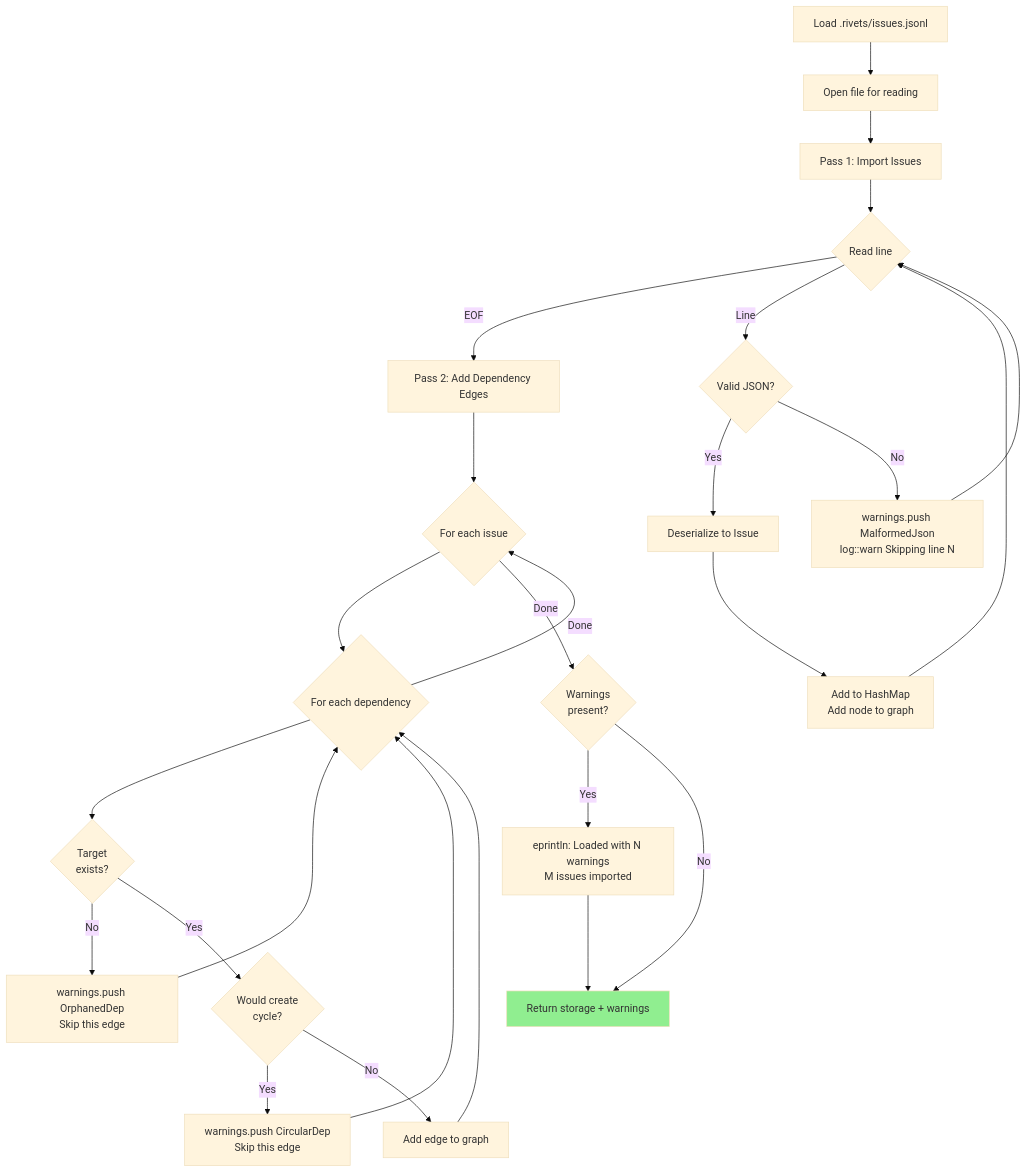
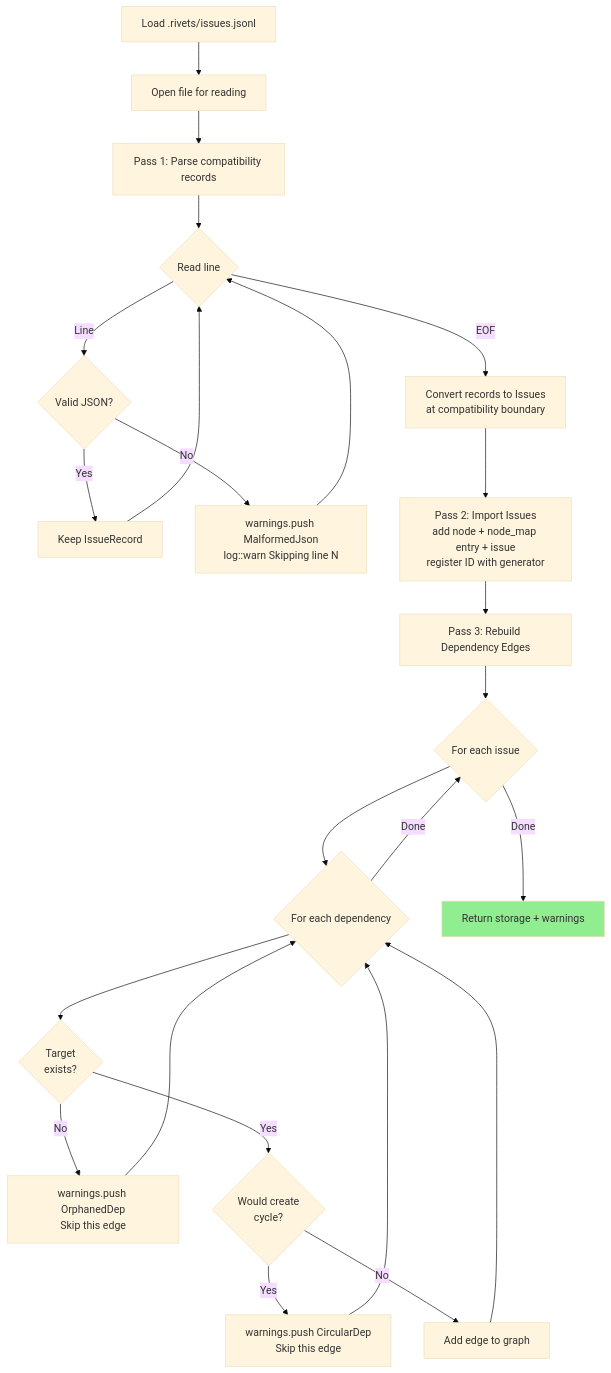
Diagram 11 of 13 in docs/data-flow.md (dwalleck/rivets), drawn with Mermaid (base theme) before and after one commit. The commit also changed other lines of this file and 4 other files, not shown here.

````diff
--- a/docs/data-flow.md
+++ b/docs/data-flow.md
@@ -265,40 +379,38 @@
 ```mermaid
 flowchart TD
     Start[Load .rivets/issues.jsonl] --> OpenFile[Open file for reading]
-    OpenFile --> Pass1[Pass 1: Import Issues]
+    OpenFile --> Pass1[Pass 1: Parse compatibility records]
 
     Pass1 --> ReadLine1{Read line}
-    ReadLine1 -->|EOF| Pass2
+    ReadLine1 -->|EOF| Convert[Convert records to Issues<br/>at compatibility boundary]
     ReadLine1 -->|Line| ParseJSON{Valid JSON?}
 
-    ParseJSON -->|Yes| DeserializeIssue[Deserialize to Issue]
-    DeserializeIssue --> AddToStorage[Add to HashMap<br/>Add node to graph]
-    AddToStorage --> ReadLine1
+    ParseJSON -->|Yes| KeepRecord[Keep IssueRecord]
+    KeepRecord --> ReadLine1
 
     ParseJSON -->|No| LogWarning1[warnings.push MalformedJson<br/>log::warn Skipping line N]
     LogWarning1 --> ReadLine1
 
-    Pass2[Pass 2: Add Dependency Edges] --> IterateIssues{For each issue}
+    Convert --> ImportIssues[Pass 2: Import Issues<br/>add node + node_map entry + issue<br/>register ID with generator]
+
+    ImportIssues --> Pass3[Pass 3: Rebuild Dependency Edges]
+    Pass3 --> IterateIssues{For each issue}
+
     IterateIssues --> IterateDeps{For each dependency}
 
     IterateDeps --> CheckTarget{Target<br/>exists?}
     CheckTarget -->|No| OrphanWarning[warnings.push OrphanedDep<br/>Skip this edge]
     OrphanWarning --> IterateDeps
 
     CheckTarget -->|Yes| CheckCycleLoad{Would create<br/>cycle?}
     CheckCycleLoad -->|Yes| CycleWarning[warnings.push CircularDep<br/>Skip this edge]
     CycleWarning --> IterateDeps
 
     CheckCycleLoad -->|No| AddEdge[Add edge to graph]
     AddEdge --> IterateDeps
 
     IterateDeps -->|Done| IterateIssues
-    IterateIssues -->|Done| CheckWarnings{Warnings<br/>present?}
+    IterateIssues -->|Done| Return[Return storage + warnings]
 
-    CheckWarnings -->|Yes| DisplayWarnings[eprintln: Loaded with N warnings<br/>M issues imported]
-    CheckWarnings -->|No| Success
-
-    DisplayWarnings --> Success[Return storage + warnings]
-
-    style Success fill:#90EE90
+    style Return fill:#90EE90
 ```
````
